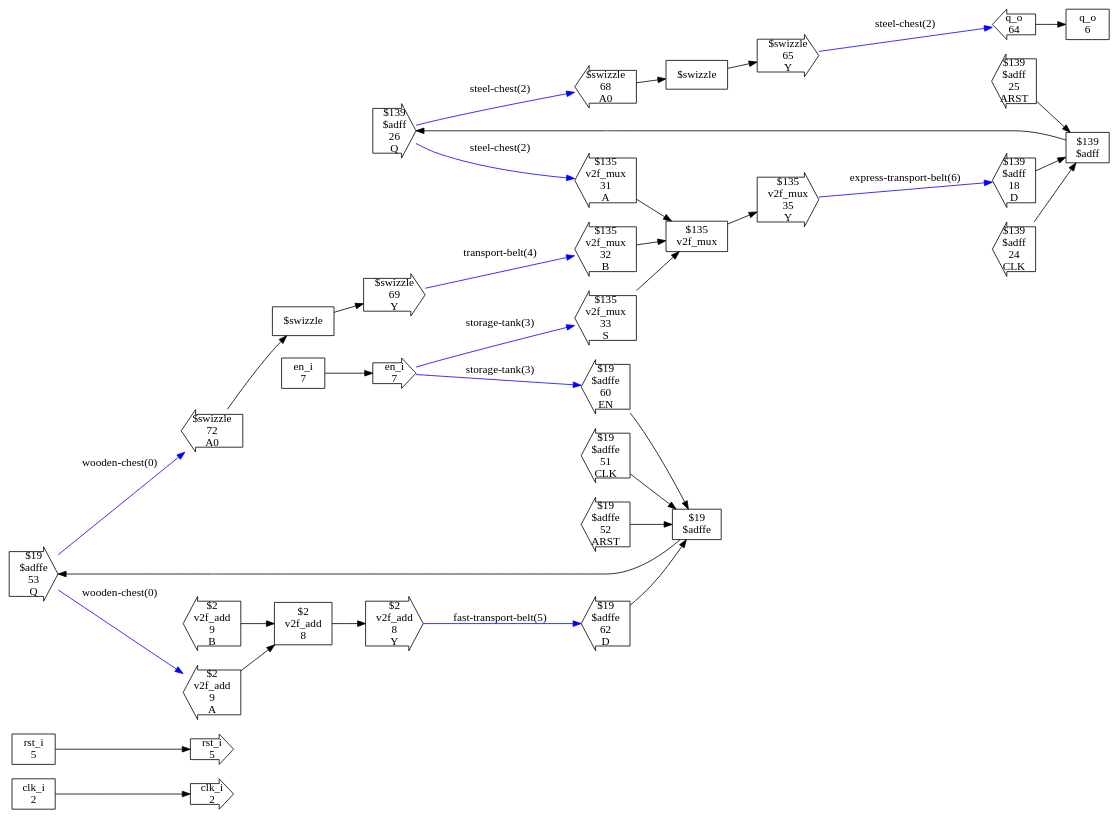
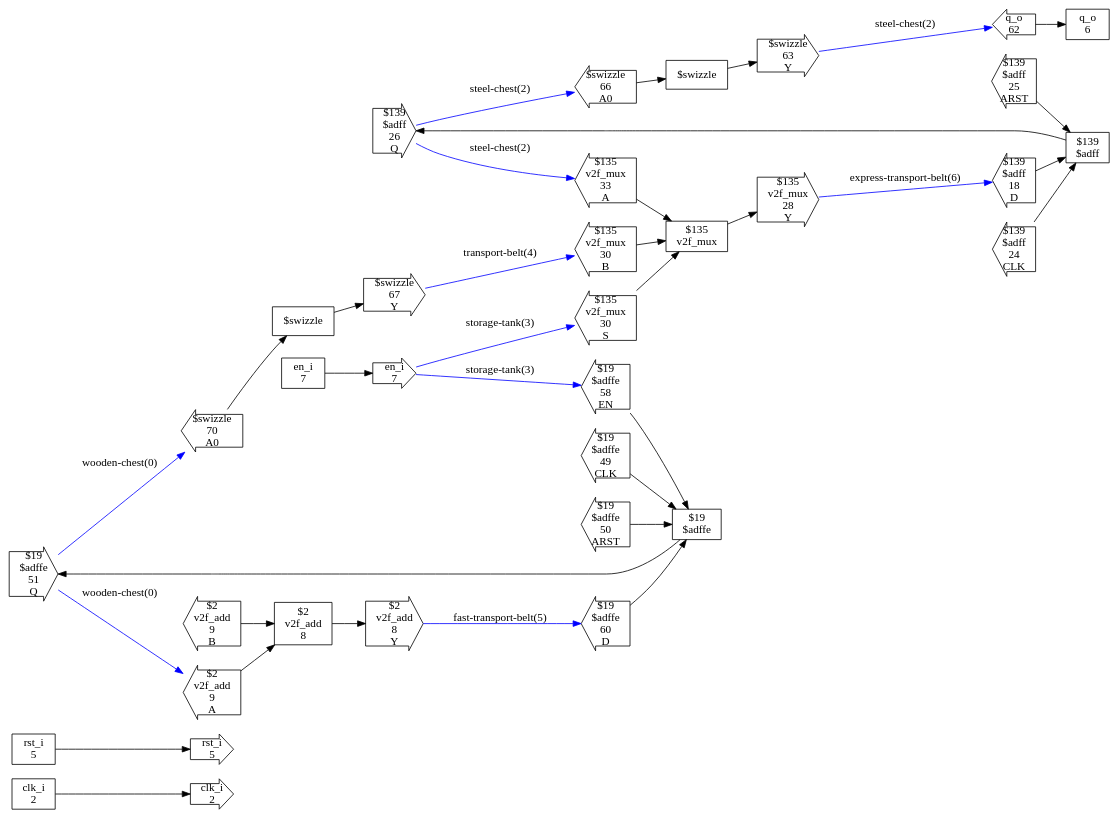
Before and after one commit to ben-j-c/verilog2factorio: the diagram in test_designs/counter32_pt2/checked_design.dot, drawn with Graphviz. The commit also changed 39 other files, not shown here.

```diff
--- a/test_designs/counter32_pt2/checked_design.dot
+++ b/test_designs/counter32_pt2/checked_design.dot
@@ -1,140 +1,140 @@
 digraph CheckedDesign {
   rankdir=LR
   n0[shape=box,label="clk_i
 2"]
   n1[shape=box,label="rst_i
 5"]
   n2[shape=box,label="q_o
 6"]
   n3[shape=box,label="en_i
 7"]
   n4[shape=box,label="$2
 v2f_add
 8"]
   n5[shape=box,label="$139
 $adff"]
   n6[shape=box,label="$135
 v2f_mux"]
   n7[shape=box,label="$19
 $adffe"]
   n8[shape=rarrow,label="clk_i
 2"]
   n9[shape=rarrow,label="rst_i
 5"]
   n10[shape=larrow,label="q_o
-64"]
+62"]
   n11[shape=rarrow,label="en_i
 7"]
   n12[shape=larrow,label="$2
 v2f_add
 9
 A"]
   n13[shape=larrow,label="$2
 v2f_add
 9
 B"]
   n14[shape=rarrow,label="$2
 v2f_add
 8
 Y"]
   n15[shape=larrow,label="$139
 $adff
 18
 D"]
   n16[shape=larrow,label="$139
 $adff
 24
 CLK"]
   n17[shape=larrow,label="$139
 $adff
 25
 ARST"]
   n18[shape=rarrow,label="$139
 $adff
 26
 Q"]
   n19[shape=larrow,label="$135
 v2f_mux
-31
+33
 A"]
   n20[shape=larrow,label="$135
 v2f_mux
-32
+30
 B"]
   n21[shape=larrow,label="$135
 v2f_mux
-33
+30
 S"]
   n22[shape=rarrow,label="$135
 v2f_mux
-35
+28
 Y"]
   n23[shape=larrow,label="$19
 $adffe
-62
+60
 D"]
   n24[shape=larrow,label="$19
 $adffe
-51
+49
 CLK"]
   n25[shape=larrow,label="$19
 $adffe
-60
+58
 EN"]
   n26[shape=larrow,label="$19
 $adffe
-52
+50
 ARST"]
   n27[shape=rarrow,label="$19
 $adffe
-53
+51
 Q"]
   n28[shape=box,label="$swizzle"]
   n29[shape=rarrow,label="$swizzle
-65
+63
 Y"]
   n30[shape=larrow,label="$swizzle
-68
+66
 A0"]
   n33[shape=box,label="$swizzle"]
   n34[shape=rarrow,label="$swizzle
-69
+67
 Y"]
   n35[shape=larrow,label="$swizzle
-72
+70
 A0"]
   n0 -> n8
   n1 -> n9
   n3 -> n11
   n4 -> n14
   n5 -> n18
   n6 -> n22
   n7 -> n27
   n10 -> n2
   n11 -> n21 [label="storage-tank(3)",syle=bold,color=blue]
   n11 -> n25 [label="storage-tank(3)",syle=bold,color=blue]
   n12 -> n4
   n13 -> n4
   n14 -> n23 [label="fast-transport-belt(5)",syle=bold,color=blue]
   n15 -> n5
   n16 -> n5
   n17 -> n5
   n18 -> n19 [label="steel-chest(2)",syle=bold,color=blue]
   n18 -> n30 [label="steel-chest(2)",syle=bold,color=blue]
   n19 -> n6
   n20 -> n6
   n21 -> n6
   n22 -> n15 [label="express-transport-belt(6)",syle=bold,color=blue]
   n23 -> n7
   n24 -> n7
   n25 -> n7
   n26 -> n7
   n27 -> n12 [label="wooden-chest(0)",syle=bold,color=blue]
   n27 -> n35 [label="wooden-chest(0)",syle=bold,color=blue]
   n28 -> n29
   n29 -> n10 [label="steel-chest(2)",syle=bold,color=blue]
   n30 -> n28
   n33 -> n34
   n34 -> n20 [label="transport-belt(4)",syle=bold,color=blue]
   n35 -> n33
 }
```
